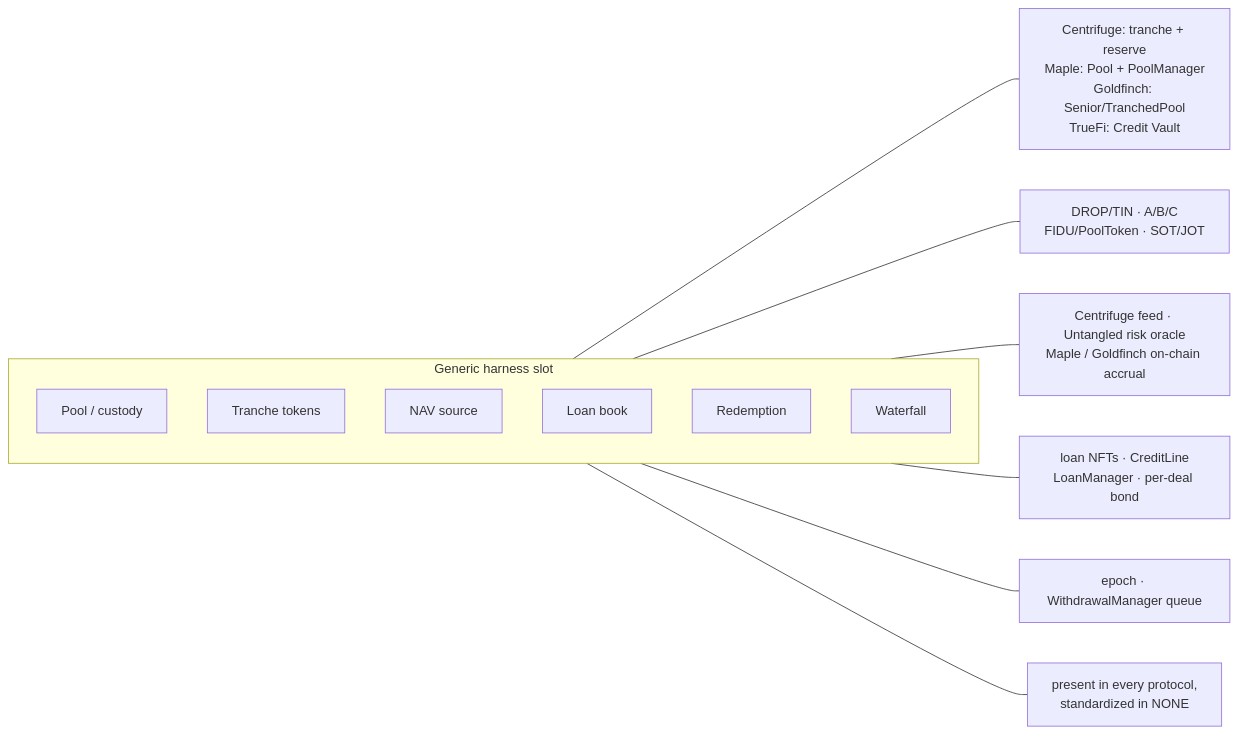
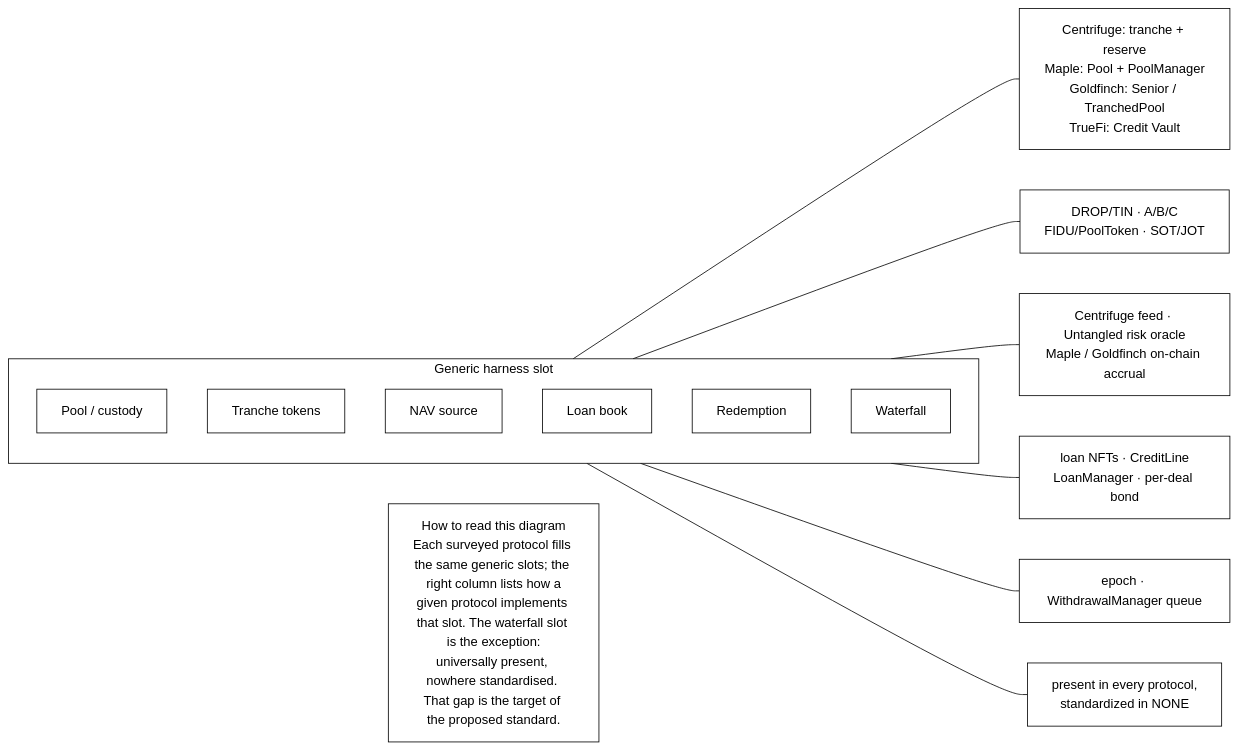
Before and after one commit to saintsama98/Hooke-tranching: the second of 6 diagrams in notes/hooke-centrifuge-overall/harness-architecture.md, drawn with Mermaid. The commit also changed other lines of this file and 15 other files, not shown here.

````diff
--- a/notes/hooke-centrifuge-overall/harness-architecture.md
+++ b/notes/hooke-centrifuge-overall/harness-architecture.md
@@ -50,19 +53,22 @@
 ```mermaid
+%%{init: {'theme':'base','themeVariables':{'primaryColor':'#ffffff','primaryTextColor':'#000000','primaryBorderColor':'#000000','lineColor':'#000000','secondaryColor':'#ffffff','secondaryTextColor':'#000000','tertiaryColor':'#ffffff','clusterBkg':'#ffffff','clusterBorder':'#000000','edgeLabelBackground':'#ffffff','fontFamily':'monospace'}}}%%
 flowchart LR
   subgraph G["Generic harness slot"]
     direction TB
     P["Pool / custody"]
     T["Tranche tokens"]
     N["NAV source"]
     L["Loan book"]
     R["Redemption"]
     W["Waterfall"]
   end
 
-  P --- PEx["Centrifuge: tranche + reserve<br/>Maple: Pool + PoolManager<br/>Goldfinch: Senior/TranchedPool<br/>TrueFi: Credit Vault"]
+  P --- PEx["Centrifuge: tranche + reserve<br/>Maple: Pool + PoolManager<br/>Goldfinch: Senior / TranchedPool<br/>TrueFi: Credit Vault"]
   T --- TEx["DROP/TIN · A/B/C<br/>FIDU/PoolToken · SOT/JOT"]
   N --- NEx["Centrifuge feed · Untangled risk oracle<br/>Maple / Goldfinch on-chain accrual"]
   L --- LEx["loan NFTs · CreditLine<br/>LoanManager · per-deal bond"]
   R --- REx["epoch · WithdrawalManager queue"]
   W --- WEx["present in every protocol,<br/>standardized in NONE"]
+
+  FIND["How to read this diagram<br/>Each surveyed protocol fills the same generic slots; the right column lists how a<br/>given protocol implements that slot. The waterfall slot is the exception:<br/>universally present, nowhere standardised. That gap is the target of the proposed standard."]
 ```
````
